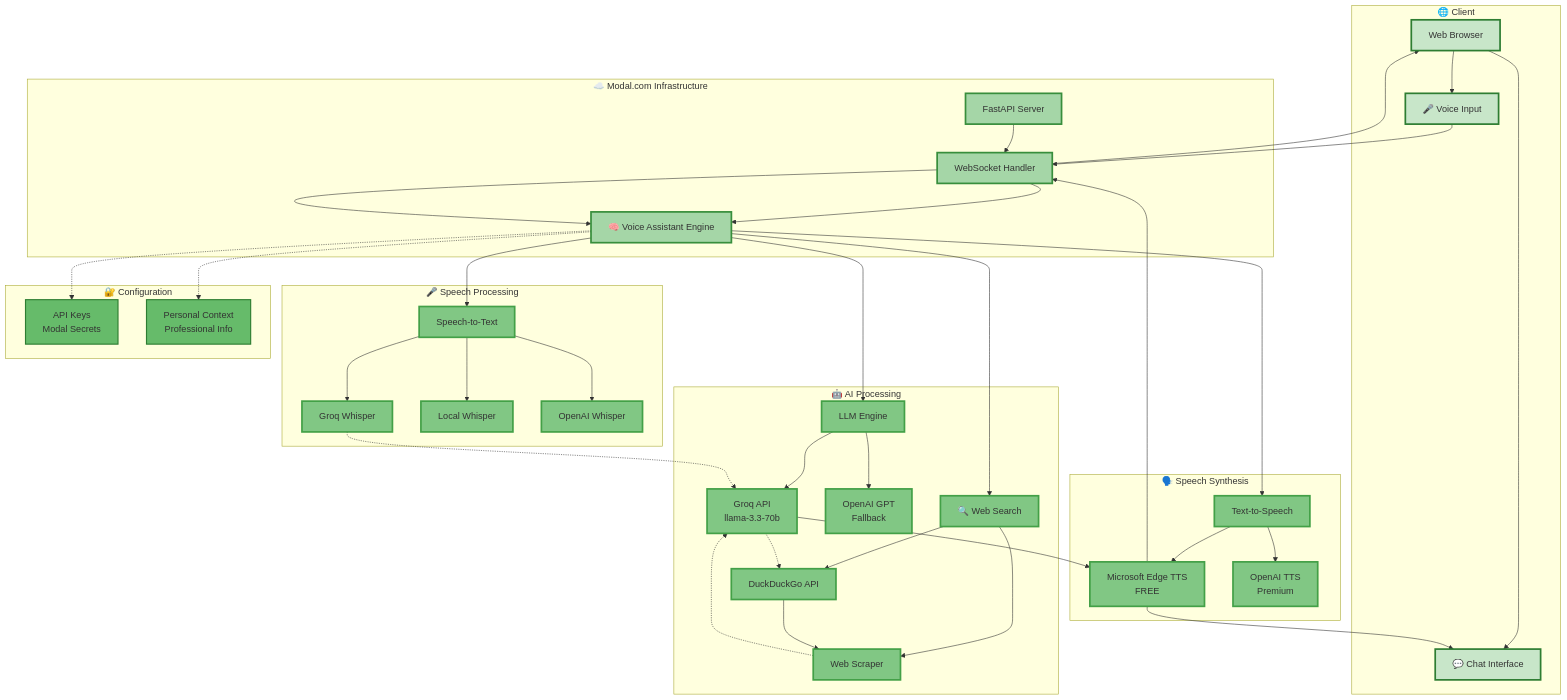
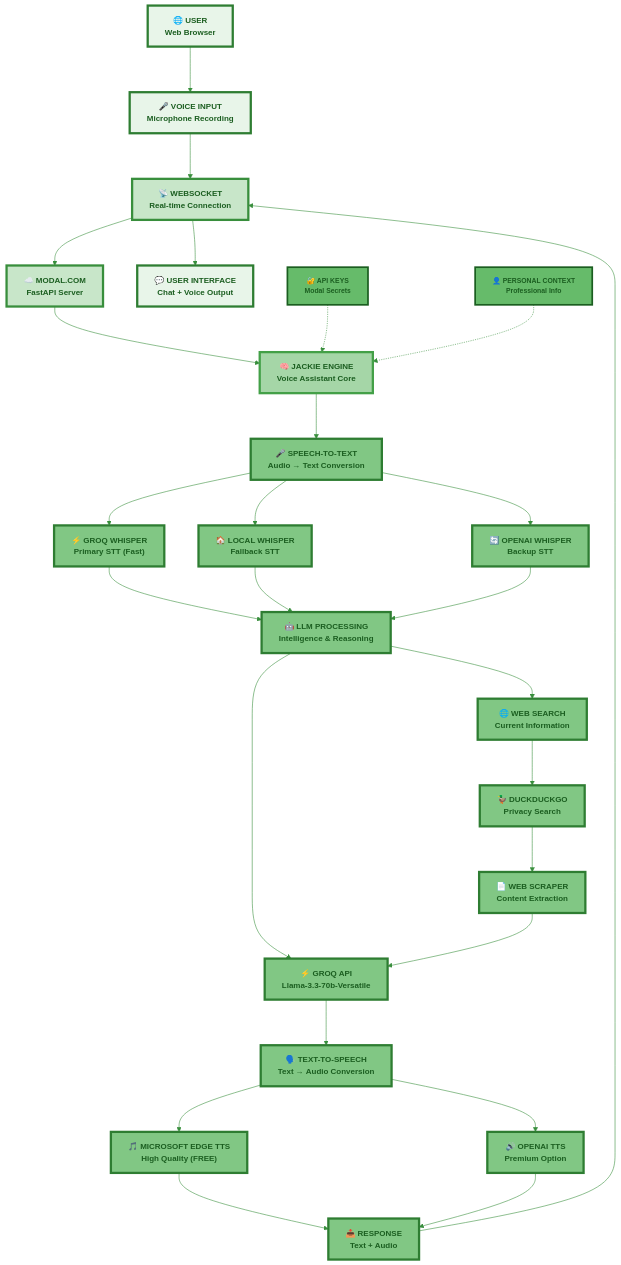
Before and after one commit to Mohan-this-side/Jackie-Personal-AI-Voice-Assistant: the diagram in README.md, drawn with Mermaid.

Commit message:
adding better flowchart

````diff
--- a/README.md
+++ b/README.md
@@ -20,74 +20,79 @@
 ```mermaid
-%%{init: {theme: 'forest',
-  layout: 'elk',
-  look: 'neo'}}%%
+%%{init: {
+  'theme': 'forest',
+  'themeVariables': {
+    'primaryColor': '#e8f5e9',
+    'primaryTextColor': '#1b5e20',
+    'primaryBorderColor': '#2e7d32',
+    'lineColor': '#388e3c',
+    'secondaryColor': '#c8e6c9',
+    'tertiaryColor': '#a5d6a7',
+    'background': '#f1f8e9',
+    'mainBkg': '#e8f5e9',
+    'secondBkg': '#c8e6c9',
+    'tertiaryBkg': '#a5d6a7'
+  },
+  'flowchart': {
+    'nodeSpacing': 60,
+    'rankSpacing': 80,
+    'curve': 'basis'
+  }
+}}%%
 flowchart TD
-    subgraph "🌐 Client"
-        A[Web Browser] --> B[🎤 Voice Input]
-        A --> C[💬 Chat Interface]
-    end
+    %% User Input Layer
+    A["🌐 USER<br/><b>Web Browser</b>"] --> B["🎤 VOICE INPUT<br/><b>Microphone Recording</b>"]
     
-    subgraph "☁️ Modal.com Infrastructure"
-        D[FastAPI Server] --> E[WebSocket Handler]
-        E --> F[🧠 Voice Assistant Engine]
-    end
+    %% Network & Infrastructure Layer  
+    B --> C["📡 WEBSOCKET<br/><b>Real-time Connection</b>"]
+    C --> D["☁️ MODAL.COM<br/><b>FastAPI Server</b>"]
     
-    subgraph "🎤 Speech Processing"
-        F --> G[Speech-to-Text]
-        G --> G1[Groq Whisper]
-        G --> G2[Local Whisper]
-        G --> G3[OpenAI Whisper]
-    end
+    %% Core Engine Layer
+    D --> E["🧠 JACKIE ENGINE<br/><b>Voice Assistant Core</b>"]
     
-    subgraph "🤖 AI Processing"
-        F --> H[LLM Engine]
-        H --> H1[Groq API<br/>llama-3.3-70b]
-        H --> H2[OpenAI GPT<br/>Fallback]
-        
-        F --> I[🔍 Web Search]
-        I --> I1[DuckDuckGo API]
-        I --> I2[Web Scraper]
-    end
+    %% Speech-to-Text Processing
+    E --> F["🎤 SPEECH-TO-TEXT<br/><b>Audio → Text Conversion</b>"]
+    F --> F1["⚡ GROQ WHISPER<br/><b>Primary STT (Fast)</b>"]
+    F --> F2["🏠 LOCAL WHISPER<br/><b>Fallback STT</b>"]
+    F --> F3["🔄 OPENAI WHISPER<br/><b>Backup STT</b>"]
     
-    subgraph "🗣️ Speech Synthesis"
-        F --> J[Text-to-Speech]
-        J --> J1[Microsoft Edge TTS<br/>FREE]
-        J --> J2[OpenAI TTS<br/>Premium]
-    end
+    %% AI Processing & Decision
+    F1 --> G["🤖 LLM PROCESSING<br/><b>Intelligence & Reasoning</b>"]
+    F2 --> G
+    F3 --> G
     
-    subgraph "🔐 Configuration"
-        K[API Keys<br/>Modal Secrets]
-        L[Personal Context<br/>Professional Info]
-    end
+    G --> H["⚡ GROQ API<br/><b>Llama-3.3-70b-Versatile</b>"]
+    G --> I["🌐 WEB SEARCH<br/><b>Current Information</b>"]
     
-    %% Data Flow
-    B --> E
-    E --> F
-    G1 -.-> H1
-    H1 --> J1
-    J1 --> C
+    %% Web Search Sub-flow
+    I --> I1["🦆 DUCKDUCKGO<br/><b>Privacy Search</b>"]
+    I1 --> I2["📄 WEB SCRAPER<br/><b>Content Extraction</b>"]
+    I2 --> H
     
-    %% Search Flow
-    H1 -.-> I1
-    I1 --> I2
-    I2 -.-> H1
+    %% Response Generation
+    H --> J["🗣️ TEXT-TO-SPEECH<br/><b>Text → Audio Conversion</b>"]
+    J --> J1["🎵 MICROSOFT EDGE TTS<br/><b>High Quality (FREE)</b>"]
+    J --> J2["🔊 OPENAI TTS<br/><b>Premium Option</b>"]
     
-    %% Configuration
-    F -.-> K
-    F -.-> L
+    %% Response Delivery
+    J1 --> K["📤 RESPONSE<br/><b>Text + Audio</b>"]
+    J2 --> K
+    K --> C
+    C --> L["💬 USER INTERFACE<br/><b>Chat + Voice Output</b>"]
     
-    %% Response Path
-    J1 --> E
-    E --> A
+    %% Configuration (Side connections)
+    M["🔐 API KEYS<br/><b>Modal Secrets</b>"] -.-> E
+    N["👤 PERSONAL CONTEXT<br/><b>Professional Info</b>"] -.-> E
     
-    %% Styling with forest theme colors
-    classDef client fill:#c8e6c9,stroke:#2e7d32,stroke-width:3px
-    classDef modal fill:#a5d6a7,stroke:#388e3c,stroke-width:3px
-    classDef ai fill:#81c784,stroke:#43a047,stroke-width:3px
-    classDef config fill:#66bb6a,stroke:#2e7d32,stroke-width:2px
+    %% Enhanced styling for visibility
+    classDef userLayer fill:#e8f5e9,stroke:#2e7d32,stroke-width:4px,color:#1b5e20,font-size:14px,font-weight:bold
+    classDef infraLayer fill:#c8e6c9,stroke:#388e3c,stroke-width:4px,color:#1b5e20,font-size:14px,font-weight:bold
+    classDef coreLayer fill:#a5d6a7,stroke:#43a047,stroke-width:4px,color:#1b5e20,font-size:14px,font-weight:bold
+    classDef aiLayer fill:#81c784,stroke:#2e7d32,stroke-width:4px,color:#1b5e20,font-size:14px,font-weight:bold
+    classDef configLayer fill:#66bb6a,stroke:#1b5e20,stroke-width:3px,color:#1b5e20,font-size:12px,font-weight:bold
     
-    class A,B,C client
-    class D,E,F modal
-    class G,G1,G2,G3,H,H1,H2,I,I1,I2,J,J1,J2 ai
-    class K,L config
+    class A,B,L userLayer
+    class C,D infraLayer
+    class E coreLayer
+    class F,F1,F2,F3,G,H,I,I1,I2,J,J1,J2,K aiLayer
+    class M,N configLayer
 ```
````
